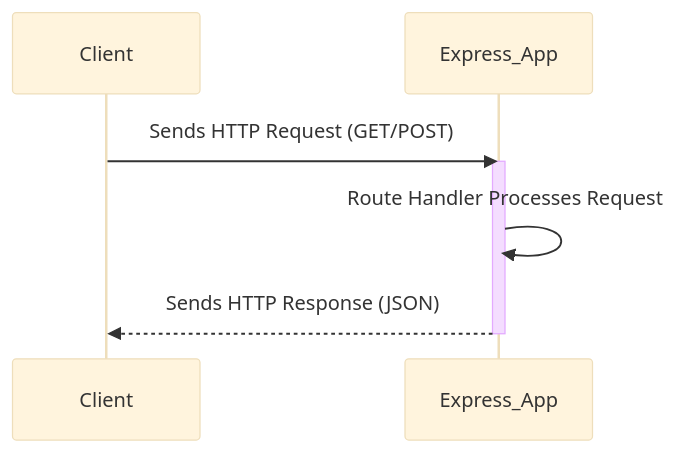
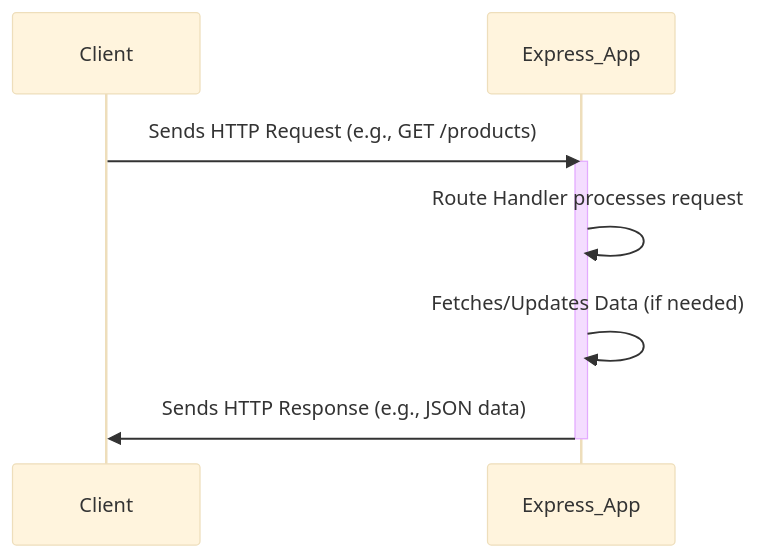
One commit to devbh04/testing changed the fifth of 9 diagrams in README.md. Above: the diagram before and after it, drawn with Mermaid (base theme). The commit also changed other lines of this file, not shown here.

````diff
--- a/README.md
+++ b/README.md
@@ -529,10 +681,11 @@
 ```mermaid
 sequenceDiagram
     participant Client
     participant Express_App
-    Client->>Express_App: Sends HTTP Request (GET/POST)
+    Client->>Express_App: Sends HTTP Request (e.g., GET /products)
     activate Express_App
-    Express_App->>Express_App: Route Handler Processes Request
-    Express_App-->>Client: Sends HTTP Response (JSON)
+    Express_App->>Express_App: Route Handler processes request
+    Express_App->>Express_App: Fetches/Updates Data (if needed)
+    Express_App->>Client: Sends HTTP Response (e.g., JSON data)
     deactivate Express_App
 ```
````
